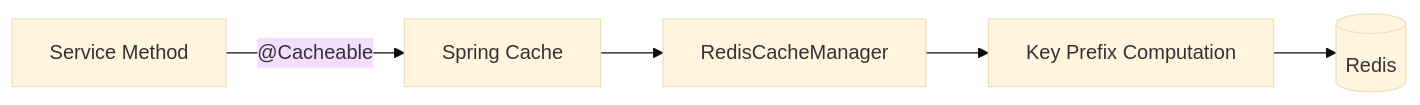
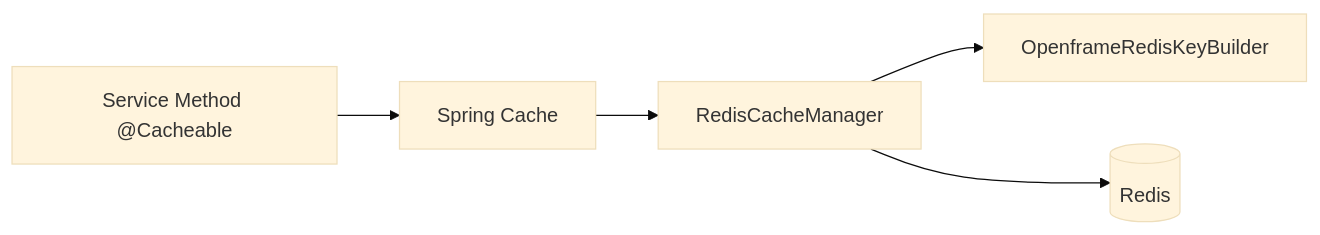
The third of 5 diagrams in docs/reference/architecture/data-redis-cache/data-redis-cache.md (flamingo-stack/openframe-oss-lib), drawn with Mermaid (base theme) before and after one commit. The commit also changed other lines of this file and 172 other files, not shown here.

````diff
--- a/docs/reference/architecture/data-redis-cache/data-redis-cache.md
+++ b/docs/reference/architecture/data-redis-cache/data-redis-cache.md
@@ -101,7 +118,7 @@
 ```mermaid
 flowchart LR
-    Service["Service Method"] -->|"@Cacheable"| CacheAbstraction["Spring Cache"]
-    CacheAbstraction --> CacheManagerNode["RedisCacheManager"]
-    CacheManagerNode --> Prefix["Key Prefix Computation"]
-    Prefix --> Redis[("Redis")]
+    Service["Service Method @Cacheable"] --> CacheAbstraction["Spring Cache"]
+    CacheAbstraction --> CacheManager["RedisCacheManager"]
+    CacheManager --> KeyBuilder["OpenframeRedisKeyBuilder"]
+    CacheManager --> RedisServer[("Redis")]
 ```
````
